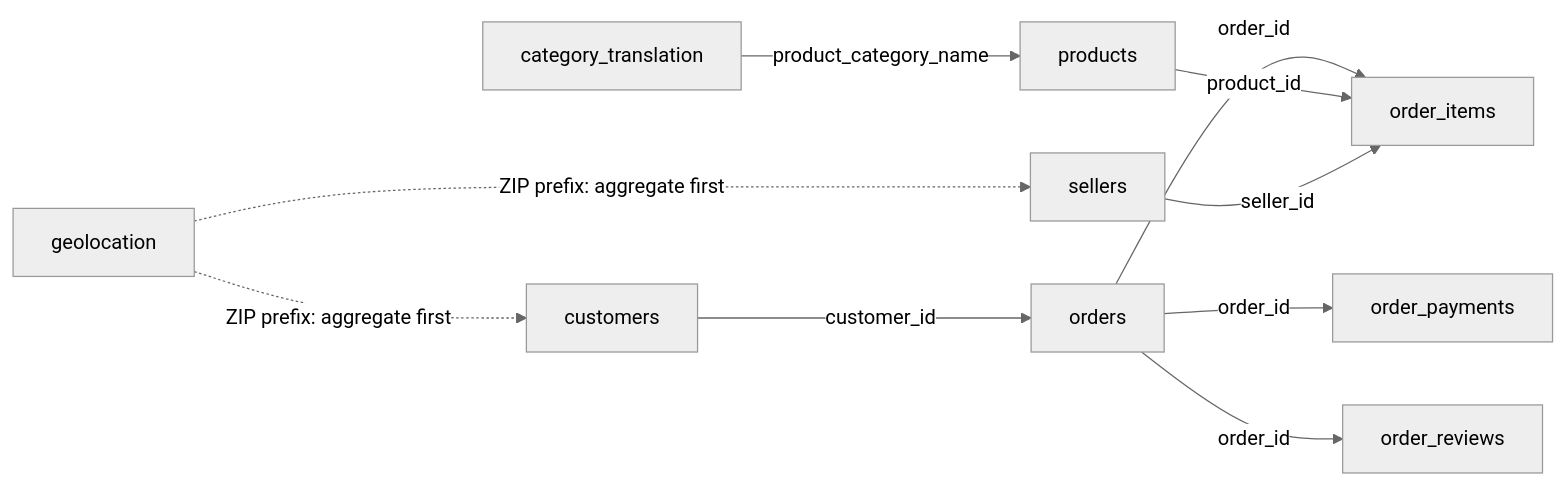
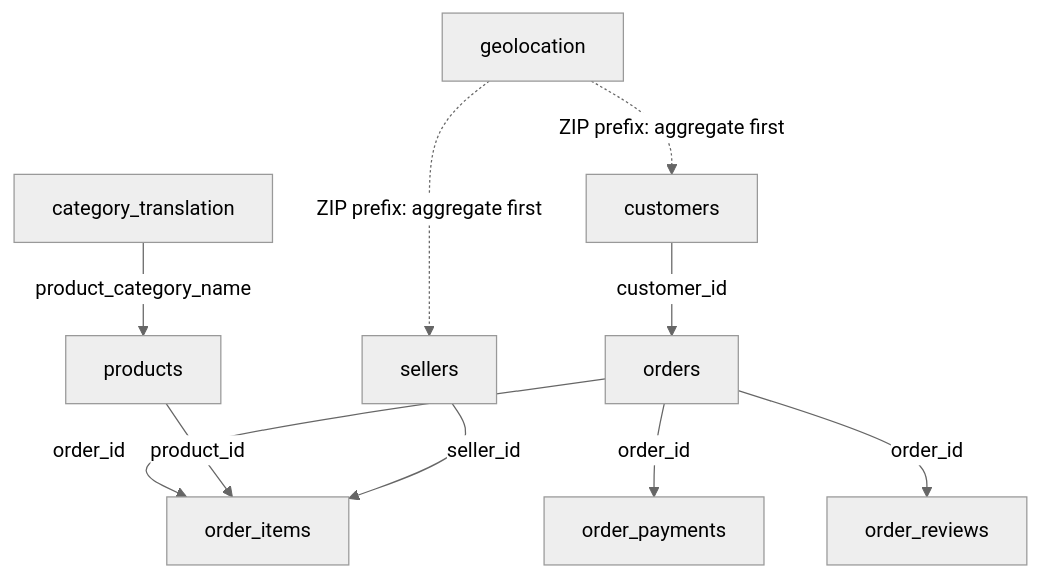
The diagram in docs/relationship_diagram.md (pavannannaveni/olist-brazilian-ecommerce-sql-server), drawn with Mermaid (neutral theme) before and after one commit.

Commit message:
Improve relationship diagram readability

````diff
--- a/docs/relationship_diagram.md
+++ b/docs/relationship_diagram.md
@@ -5,12 +5,12 @@
 ```mermaid
-flowchart LR
+flowchart TB
     C["customers"] -->|customer_id| O["orders"]
     O -->|order_id| I["order_items"]
     P["products"] -->|product_id| I
     S["sellers"] -->|seller_id| I
     O -->|order_id| PAY["order_payments"]
     O -->|order_id| REV["order_reviews"]
     CAT["category_translation"] -->|product_category_name| P
     GEO["geolocation"] -.->|ZIP prefix: aggregate first| C
     GEO -.->|ZIP prefix: aggregate first| S
 ```
````
